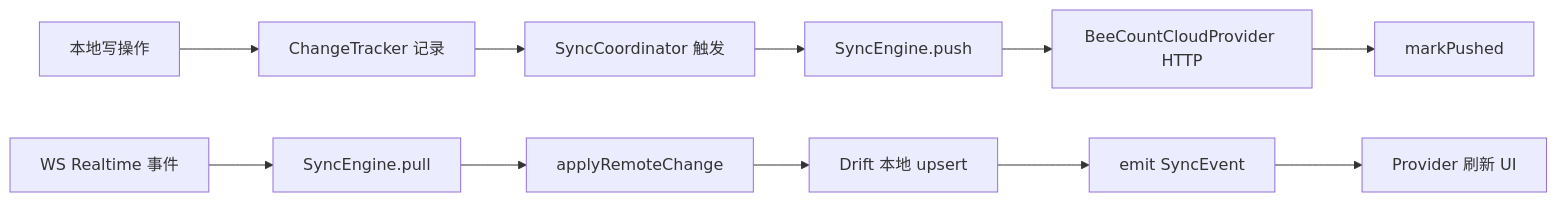
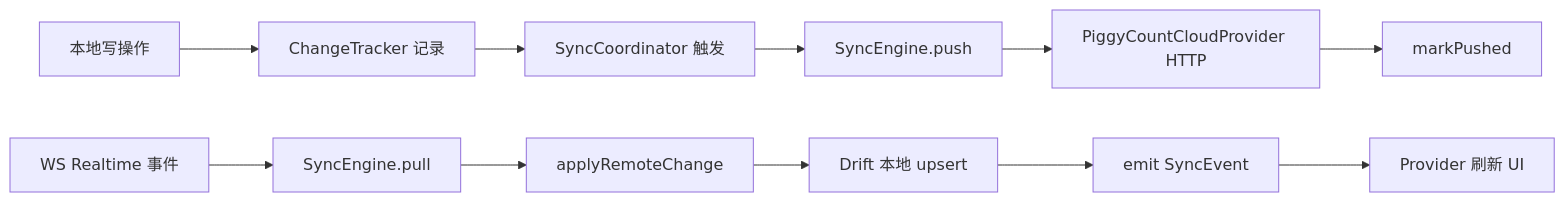
One commit to mecoren/PiggyCount changed the fifth of 5 diagrams in docoments/01-project-overview.md. Above: the diagram before and after it, drawn with Mermaid. The commit also changed other lines of this file and 91 other files, not shown here.

````diff
--- a/docoments/01-project-overview.md
+++ b/docoments/01-project-overview.md
@@ -269,14 +269,14 @@
 ```mermaid
 flowchart LR
     A[本地写操作] --> B[ChangeTracker 记录]
     B --> C[SyncCoordinator 触发]
     C --> D[SyncEngine.push]
-    D --> E[BeeCountCloudProvider HTTP]
+    D --> E[PiggyCountCloudProvider HTTP]
     E --> F[markPushed]
 
     G[WS Realtime 事件] --> H[SyncEngine.pull]
     H --> I[applyRemoteChange]
     I --> J[Drift 本地 upsert]
     J --> K[emit SyncEvent]
     K --> L[Provider 刷新 UI]
 ```
````
